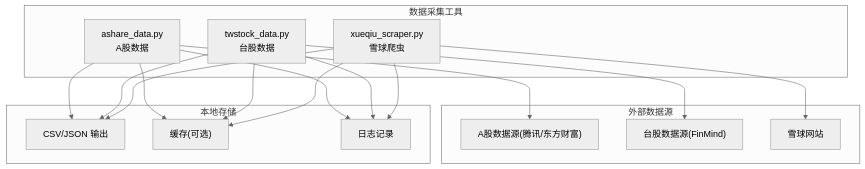
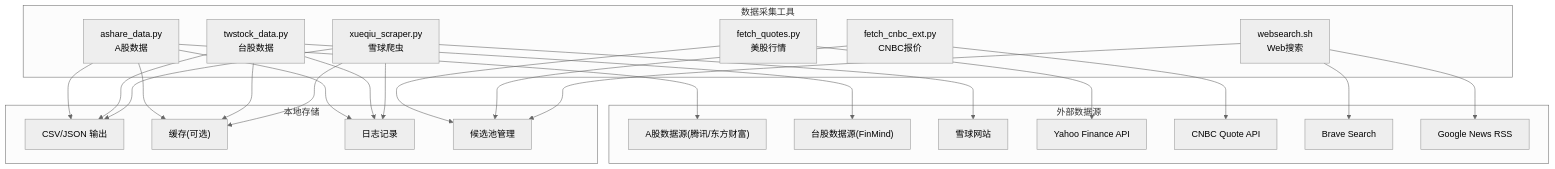
The first of 7 diagrams in .qoder/repowiki/zh/content/数据处理工具/数据采集工具.md (Ted-Engineer/ai-berkshire), drawn with Mermaid (neutral theme) before and after one commit. The commit also changed other lines of this file and 76 other files, not shown here.

````diff
--- a/.qoder/repowiki/zh/content/数据处理工具/数据采集工具.md
+++ b/.qoder/repowiki/zh/content/数据处理工具/数据采集工具.md
@@ -46,30 +58,45 @@
 ```mermaid
 graph TB
 subgraph "数据采集工具"
 A["ashare_data.py<br/>A股数据"]
 B["twstock_data.py<br/>台股数据"]
 C["xueqiu_scraper.py<br/>雪球爬虫"]
+D["fetch_quotes.py<br/>美股行情"]
+E["fetch_cnbc_ext.py<br/>CNBC报价"]
+F["websearch.sh<br/>Web搜索"]
 end
 subgraph "外部数据源"
 S1["A股数据源(腾讯/东方财富)"]
 S2["台股数据源(FinMind)"]
 S3["雪球网站"]
+S4["Yahoo Finance API"]
+S5["CNBC Quote API"]
+S6["Brave Search"]
+S7["Google News RSS"]
 end
 subgraph "本地存储"
 D1["CSV/JSON 输出"]
 C1["缓存(可选)"]
 L1["日志记录"]
+M1["候选池管理"]
 end
 A --> S1
 A --> C1
 A --> D1
 A --> L1
 B --> S2
 B --> C1
 B --> D1
 B --> L1
 C --> S3
 C --> C1
 C --> D1
 C --> L1
+D --> S4
+D --> M1
+E --> S5
+E --> M1
+F --> S6
+F --> S7
+F --> M1
 ```
````
